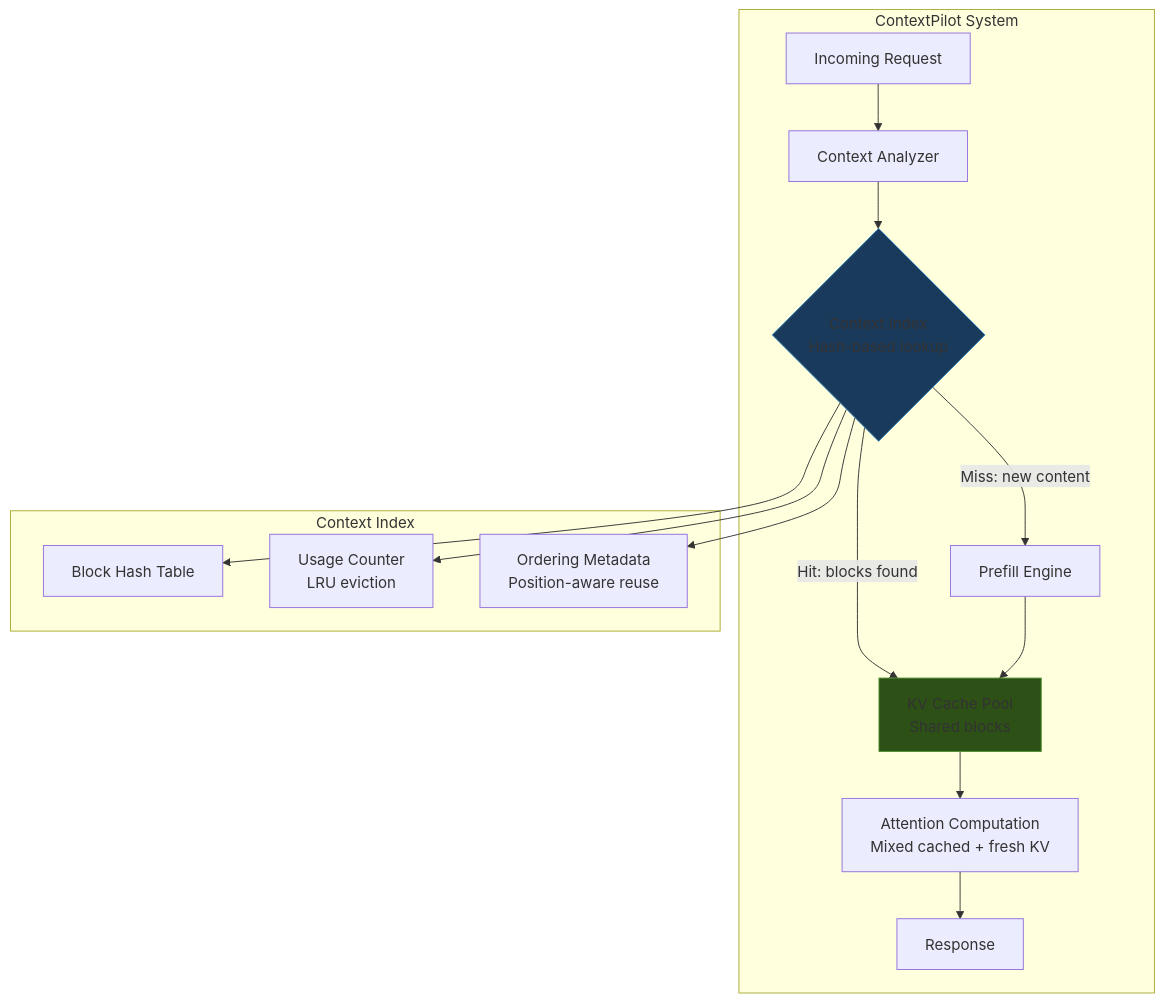
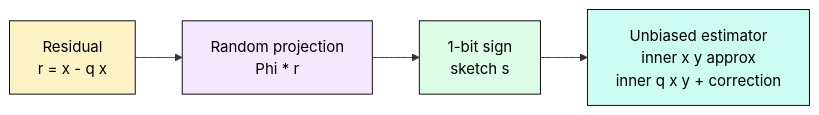
Before and after one commit to harshuljain13/llm-inference-at-scale: the third of 4 diagrams in content/05_optimization/04.2_turboquant/turboquant.md, drawn with Mermaid. The commit also changed other lines of this file and 89 other files, not shown here.

````diff
--- a/content/05_optimization/04.2_turboquant/turboquant.md
+++ b/content/05_optimization/04.2_turboquant/turboquant.md
@@ -605,25 +68,11 @@
 ```mermaid
-graph TD
-    subgraph "ContextPilot System"
-        A[Incoming Request] --> B[Context Analyzer]
-        B --> C{Context Index<br/>Hash-based lookup}
-        C -->|Hit: blocks found| D[KV Cache Pool<br/>Shared blocks]
-        C -->|Miss: new content| E[Prefill Engine]
-        E --> D
-        D --> F[Attention Computation<br/>Mixed cached + fresh KV]
-        F --> G[Response]
-    end
+flowchart LR
+    A[Residual<br/>r = x - q x] --> B[Random projection<br/>Phi * r]
+    B --> C[1-bit sign<br/>sketch s]
+    C --> D[Unbiased estimator<br/>inner x y approx<br/>inner q x y + correction]
 
-    subgraph "Context Index"
-        H[Block Hash Table]
-        I[Usage Counter<br/>LRU eviction]
-        J[Ordering Metadata<br/>Position-aware reuse]
-    end
-
-    C --> H
-    C --> I
-    C --> J
-
-    style D fill:#2d5016,stroke:#4a8c2a
-    style C fill:#1a3a5c,stroke:#2980b9
+    style A fill:#fef3c7,stroke:#000,color:#000
+    style B fill:#f3e8ff,stroke:#000,color:#000
+    style C fill:#dcfce7,stroke:#000,color:#000
+    style D fill:#ccfbf1,stroke:#000,color:#000
 ```
````
